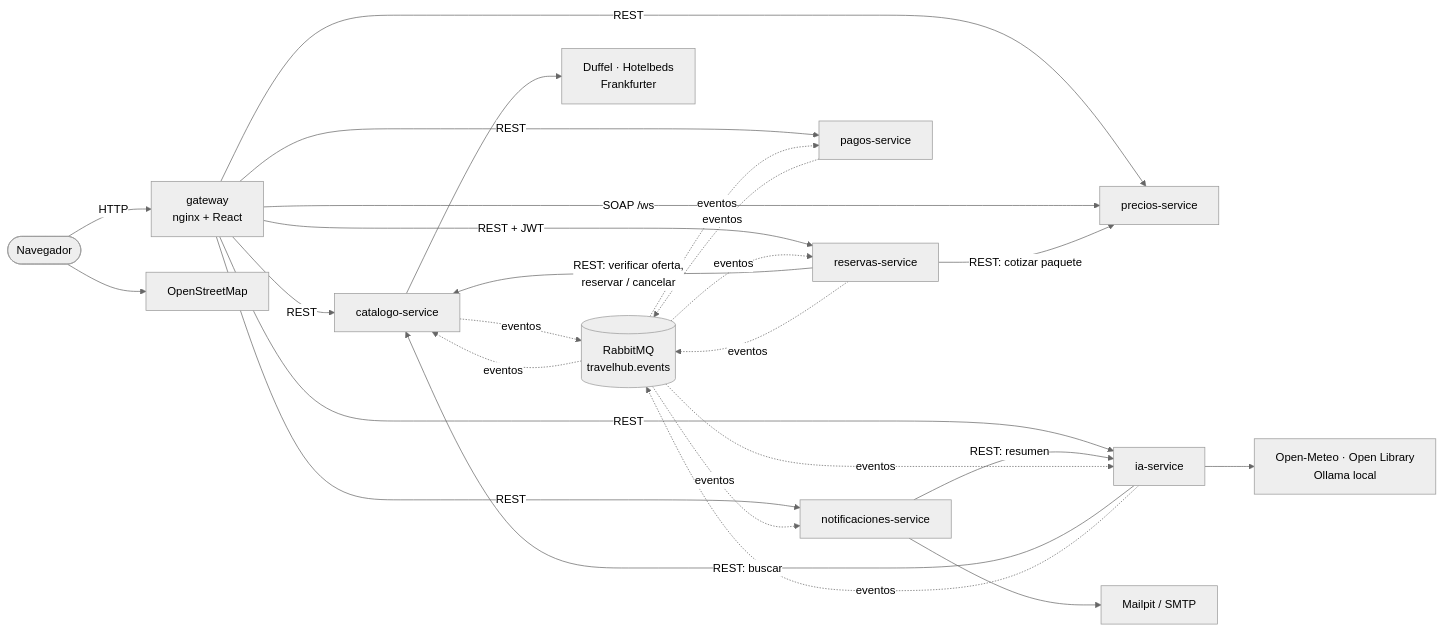
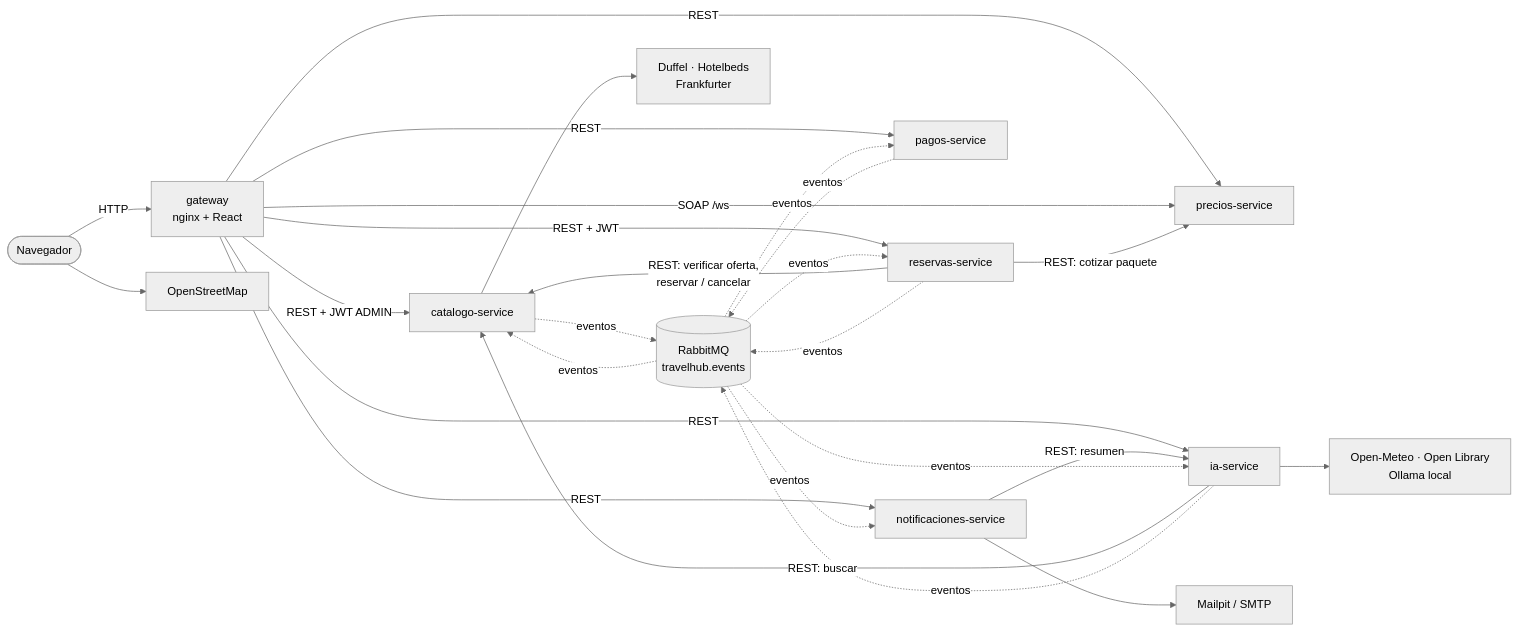
One commit to valentingit02/travelhub changed the first of 4 diagrams in docs/02_ARQUITECTURA.md. Above: the diagram before and after it, drawn with Mermaid (neutral theme). The commit also changed other lines of this file and 29 other files, not shown here.

First line of the commit message:
feat(catalogo): rol ADMIN para cambiar precios y aprobar productos (#5)

````diff
--- a/docs/02_ARQUITECTURA.md
+++ b/docs/02_ARQUITECTURA.md
@@ -21,27 +21,27 @@
 ```mermaid
 flowchart LR
     U([Navegador]) -->|HTTP| GW[gateway<br/>nginx + React]
-    GW -->|REST| CAT[catalogo-service]
+    GW -->|REST + JWT ADMIN| CAT[catalogo-service]
     GW -->|REST| PRE[precios-service]
     GW -->|SOAP /ws| PRE
     GW -->|REST + JWT| RES[reservas-service]
     GW -->|REST| PAG[pagos-service]
     GW -->|REST| NOT[notificaciones-service]
     GW -->|REST| IA[ia-service]
 
     RES -->|REST: verificar oferta,<br/>reservar / cancelar| CAT
     RES -->|REST: cotizar paquete| PRE
     NOT -->|REST: resumen| IA
     IA -->|REST: buscar| CAT
 
     CAT -. eventos .-> MQ[(RabbitMQ<br/>travelhub.events)]
     RES -. eventos .-> MQ
     PAG -. eventos .-> MQ
     IA -. eventos .-> MQ
     MQ -. eventos .-> CAT & RES & PAG & NOT & IA
 
     CAT --> EXT1[Duffel · Hotelbeds<br/>Frankfurter]
     IA --> EXT2[Open-Meteo · Open Library<br/>Ollama local]
     U --> EXT3[OpenStreetMap]
     NOT --> SMTP[Mailpit / SMTP]
 ```
````
